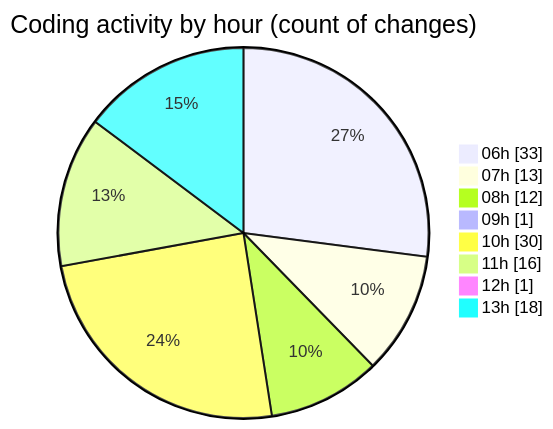
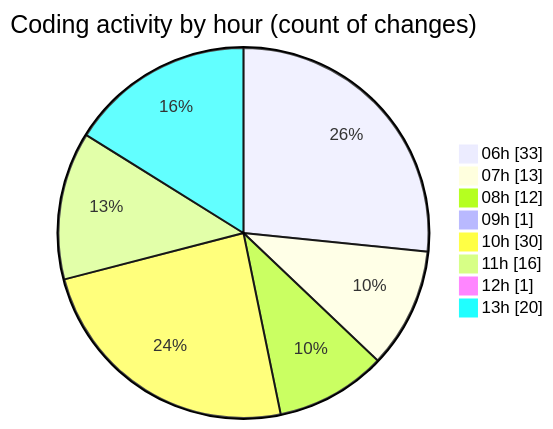
The second of 2 diagrams in 2025-02-21/micros/README.md (charlie-sans/code-tracking), drawn with Mermaid before and after one commit. The commit also changed other lines of this file and 1 other file, not shown here.

````diff
--- a/2025-02-21/micros/README.md
+++ b/2025-02-21/micros/README.md
@@ -89,12 +89,12 @@
 ```mermaid
 pie showData
 title Coding activity by hour (count of changes)
 "06h" : 33
 "07h" : 13
 "08h" : 12
 "09h" : 1
 "10h" : 30
 "11h" : 16
 "12h" : 1
-"13h" : 18
+"13h" : 20
 ```
````
